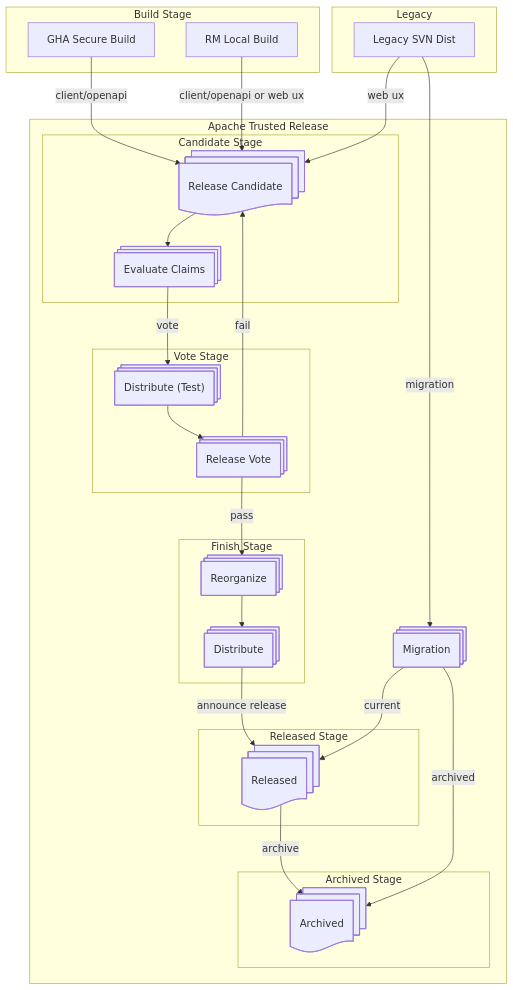
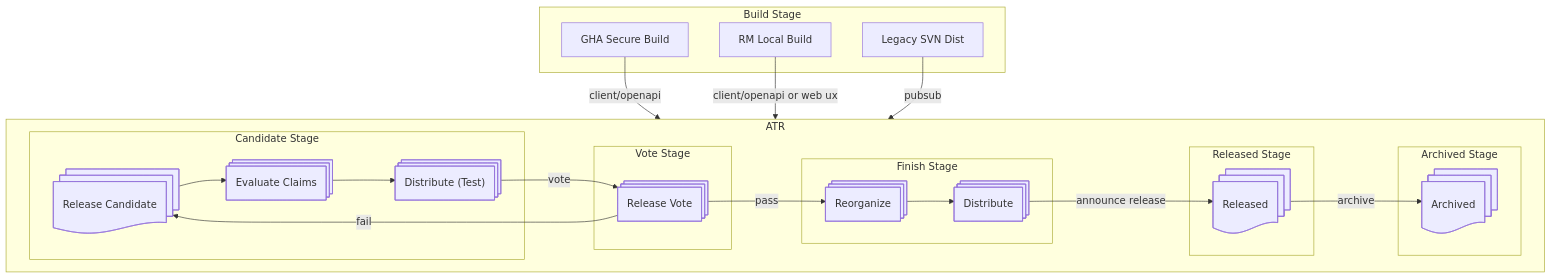
Before and after one commit to jbampton/tooling-docs: the diagram in apache-trusted-release/lifecycle.md, drawn with Mermaid.

Commit message:
Simplify lifecycle

````diff
--- a/apache-trusted-release/lifecycle.md
+++ b/apache-trusted-release/lifecycle.md
@@ -9,45 +9,39 @@
 ```mermaid
 flowchart TD
-    subgraph Build Stage
-    A[GHA Secure Build]
-    BB[RM Local Build]
-    end
-    subgraph Legacy
-    B[Legacy SVN Dist]
-    end
-    subgraph Apache Trusted Release
+    subgraph ATR
     C@{ shape: docs, label: "Release Candidate" }
-    A -->|client/openapi| C
-    BB -->|client/openapi or web ux| C
-    B -->|web ux| C
     subgraph Candidate Stage
     D@{ shape: processes, label: "Evaluate Claims" }
     C --> D
+    GG@{ shape: processes, label: "Distribute (Test)" }
+    D --> GG
     end
     subgraph Vote Stage
-    GG@{ shape: processes, label: "Distribute (Test)" }
     E@{ shape: processes, label: "Release Vote" }
     E -->|fail| C
-    D -->|vote| GG
-    GG --> E
+    GG -->|vote| E
     end
-    II@{ shape: processes, label: "Migration" }
     subgraph Finish Stage
     G@{ shape: processes, label: "Reorganize" }
     E -->|pass| G
     I@{ shape: processes, label: "Distribute" }
     G --> I
     end
     subgraph Released Stage
     J@{ shape: docs, label: "Released" }
     I -->|announce release| J
     end
-    B -->|migration| II
-    II --> |current| J
     subgraph Archived Stage
     K@{ shape: docs, label: "Archived" }
     end
     J -->|archive| K
-    II -->|archived| K
     end
+    subgraph Build Stage
+    A[GHA Secure Build]
+    BB[RM Local Build]
+    B[Legacy SVN Dist]
+    end
+    A -->|client/openapi| ATR
+    BB -->|client/openapi or web ux| ATR
+    B -->|pubsub| ATR
 ```
````
